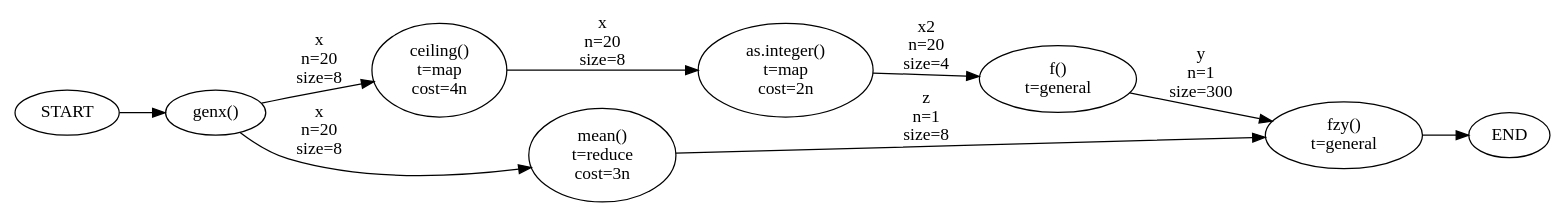
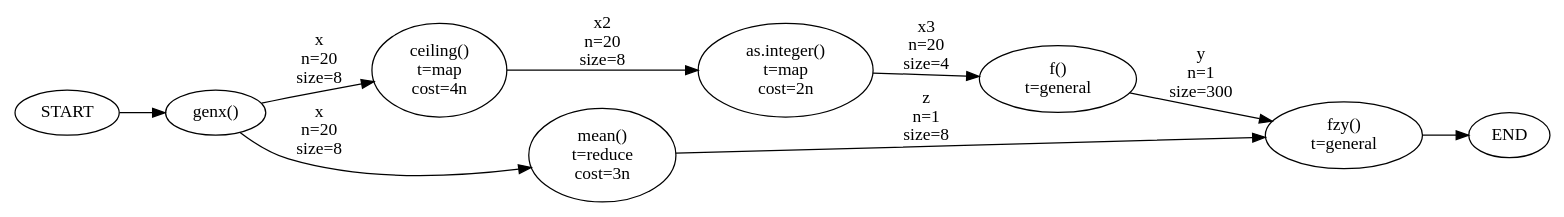
One commit to clarkfitzg/phd_research changed the diagram in optim/program.dot. Above: the diagram before and after it, drawn with Graphviz. The commit also changed 3 other files, not shown here.

```diff
--- a/optim/program.dot
+++ b/optim/program.dot
@@ -1,24 +1,24 @@
 digraph {
     rankdir=LR;
     //size="8,5"
     //node [shape = square]; 2;
     //node [shape = none];
 
     0 [label="START"];
     1 [label="genx()"];
     2 [label="ceiling()\nt=map\ncost=4n"];
     6 [label="as.integer()\nt=map\ncost=2n"];
     3 [label="mean()\nt=reduce\ncost=3n"];
     4 [label="f()\nt=general"];
     5 [label="fzy()\nt=general"];
     10 [label = "END"]
 
     0 -> 1;
     1 -> 2 [label = "x\nn=20\nsize=8"];
-    2 -> 6 [label = "x\nn=20\nsize=8"];
+    2 -> 6 [label = "x2\nn=20\nsize=8"];
     1 -> 3 [label = "x\nn=20\nsize=8"];
-    6 -> 4 [label = "x2\nn=20\nsize=4"];
+    6 -> 4 [label = "x3\nn=20\nsize=4"];
     4 -> 5 [label = "y\nn=1\nsize=300"];
     3 -> 5 [label = "z\nn=1\nsize=8"];
     5 -> 10;
 }
```
